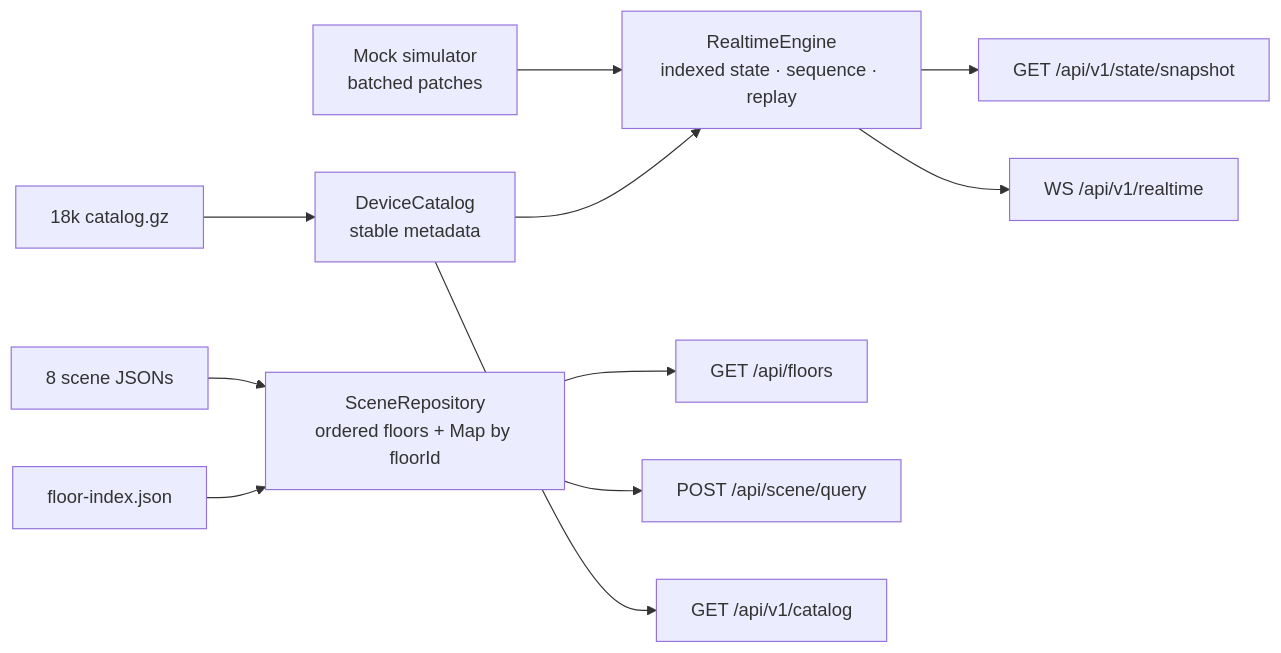
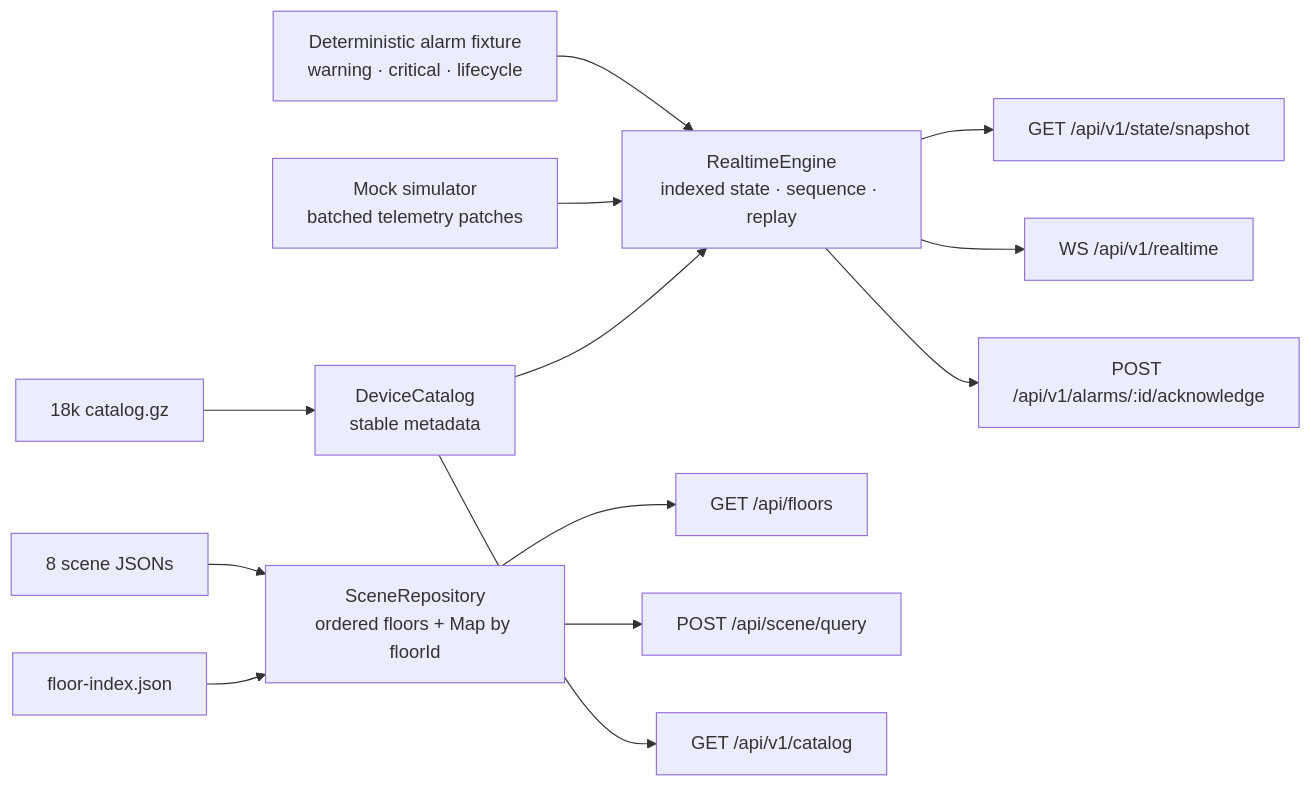
The diagram in docs/backend-architecture.md (mbob72/building-operator-demo), drawn with Mermaid before and after one commit. The commit also changed other lines of this file and 54 other files, not shown here.

````diff
--- a/docs/backend-architecture.md
+++ b/docs/backend-architecture.md
@@ -11,29 +11,33 @@
 ```mermaid
 flowchart LR
     FloorIndex["floor-index.json"]
     Scenes["8 scene JSONs"]
     CatalogFile["18k catalog.gz"]
 
     SceneRepo["SceneRepository<br/>ordered floors + Map by floorId"]
     CatalogRepo["DeviceCatalog<br/>stable metadata"]
     Engine["RealtimeEngine<br/>indexed state · sequence · replay"]
-    Simulator["Mock simulator<br/>batched patches"]
+    Simulator["Mock simulator<br/>batched telemetry patches"]
+    InitialAlarms["Deterministic alarm fixture<br/>warning · critical · lifecycle"]
 
     FloorsAPI["GET /api/floors"]
     SceneAPI["POST /api/scene/query"]
     CatalogAPI["GET /api/v1/catalog"]
     SnapshotAPI["GET /api/v1/state/snapshot"]
     RealtimeAPI["WS /api/v1/realtime"]
+    AckAPI["POST /api/v1/alarms/:id/acknowledge"]
 
     FloorIndex --> SceneRepo
     Scenes --> SceneRepo
     CatalogFile --> CatalogRepo
     CatalogRepo --> Engine
     Simulator --> Engine
+    InitialAlarms --> Engine
 
     SceneRepo --> FloorsAPI
     SceneRepo --> SceneAPI
     CatalogRepo --> CatalogAPI
     Engine --> SnapshotAPI
     Engine --> RealtimeAPI
+    Engine --> AckAPI
 ```
````
